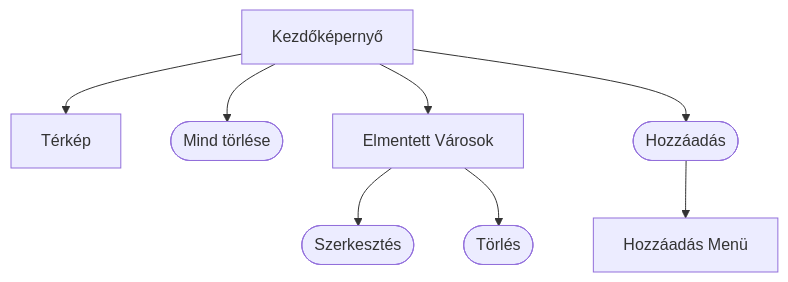
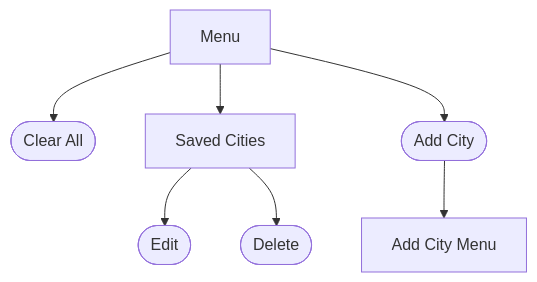
One commit to Exanim/Uni-Weather-app-project changed the first of 2 diagrams in rendszerterv.md. Above: the diagram before and after it, drawn with Mermaid. The commit also changed other lines of this file, not shown here.

Commit message:
Added Ãbasic ütemterv

````diff
--- a/rendszerterv.md
+++ b/rendszerterv.md
@@ -35,10 +43,9 @@
 ```mermaid
 flowchart TD
-    menu[Kezdőképernyő] --> map[Térkép]
-    menu[Kezdőképernyő] --> clearAll([Mind törlése])
-    menu[Kezdőképernyő] --> savedCities[Elmentett Városok]
-    menu[Kezdőképernyő] --> addCity([Hozzáadás])
-    addCity([Hozzáadás]) --> addCityMenu[Hozzáadás Menü]
-    savedCities[Elmentett Városok] --> editExisting([Szerkesztés])
-    savedCities[Elmentett Városok] --> deleteExisiting([Törlés])
+  Menu --> clearAll([Clear All])
+  Menu --> savedCities[Saved Cities]
+  Menu --> addCity([Add City])
+  addCity --> addCityMenu[Add City Menu]
+  savedCities --> editExisting([Edit])
+  savedCities --> deleteExisiting([Delete])
 ```
````
